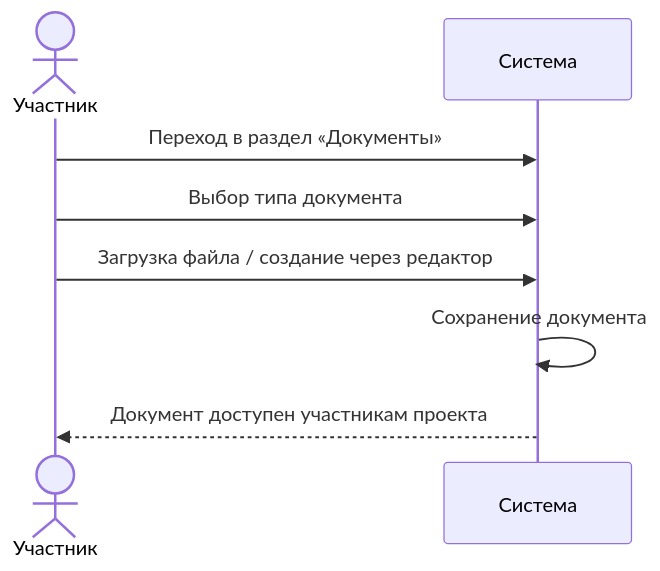
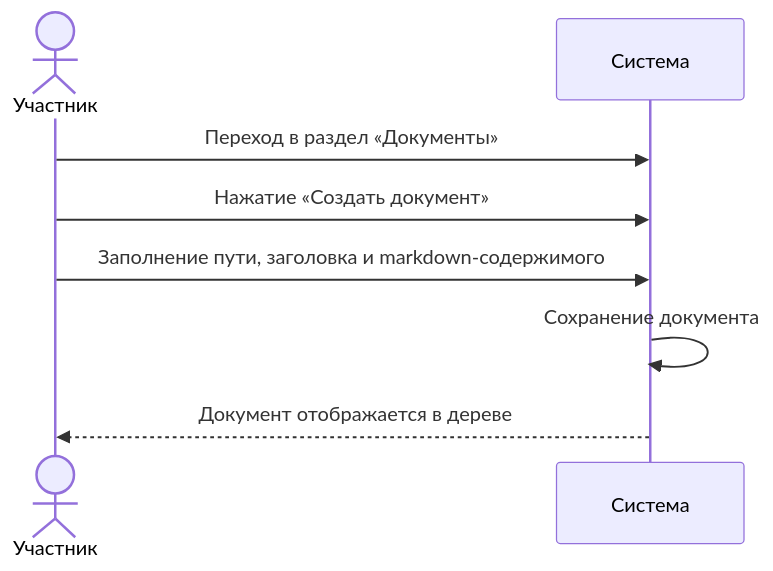
The second of 2 diagrams in docs/ai/usecase/06-documents.md (butakovmv/kanban), drawn with Mermaid before and after one commit. The commit also changed other lines of this file and 68 other files, not shown here.

````diff
--- a/docs/ai/usecase/06-documents.md
+++ b/docs/ai/usecase/06-documents.md
@@ -34,11 +34,11 @@
 ```mermaid
 sequenceDiagram
     actor Member as Участник
     participant System as Система
 
     Member->>System: Переход в раздел «Документы»
-    Member->>System: Выбор типа документа
-    Member->>System: Загрузка файла / создание через редактор
+    Member->>System: Нажатие «Создать документ»
+    Member->>System: Заполнение пути, заголовка и markdown-содержимого
     System->>System: Сохранение документа
-    System-->>Member: Документ доступен участникам проекта
+    System-->>Member: Документ отображается в дереве
 ```
````
